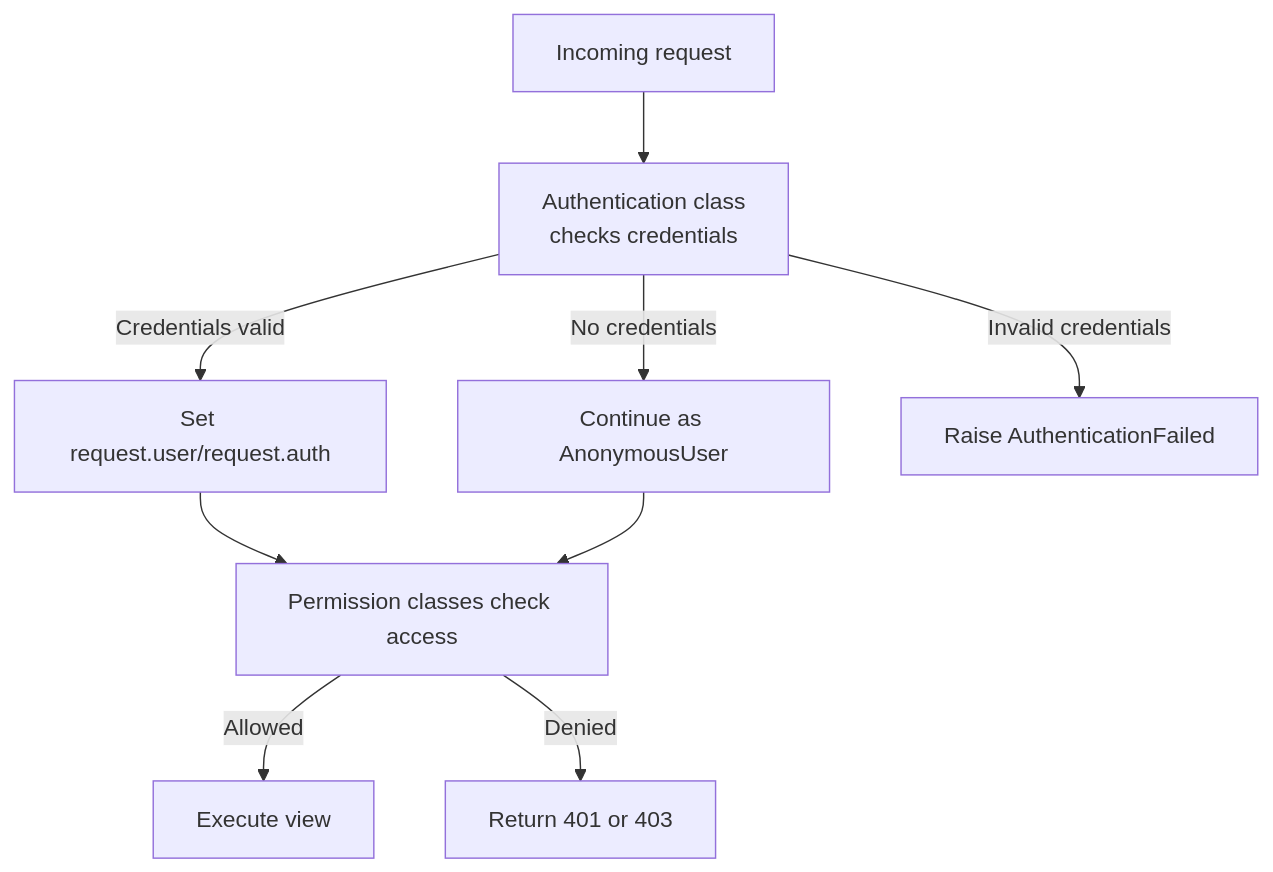
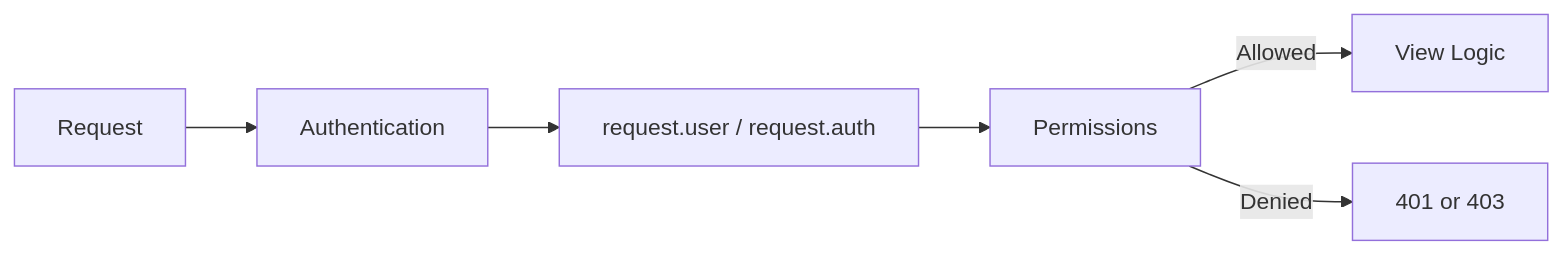
One commit to AvadhBhalodiya/Interview-Preparation changed the second of 7 diagrams in src/content/drf/authentication.md. Above: the diagram before and after it, drawn with Mermaid. The commit also changed other lines of this file and 80 other files, not shown here.

````diff
--- a/src/content/drf/authentication.md
+++ b/src/content/drf/authentication.md
@@ -48,11 +37,8 @@
 ```mermaid
-flowchart TD
-    A[Incoming request] --> B[Authentication class<br/>checks credentials]
-    B -->|Credentials valid| C["Set request.user/request.auth"]
-    B -->|No credentials| D[Continue as AnonymousUser]
-    B -->|Invalid credentials| E[Raise AuthenticationFailed]
-    C --> F[Permission classes check access]
-    D --> F
-    F -->|Allowed| G[Execute view]
-    F -->|Denied| H[Return 401 or 403]
+flowchart LR
+    A[Request] --> B[Authentication]
+    B --> C[request.user / request.auth]
+    C --> D[Permissions]
+    D -->|Allowed| E[View Logic]
+    D -->|Denied| F[401 or 403]
 ```
````
